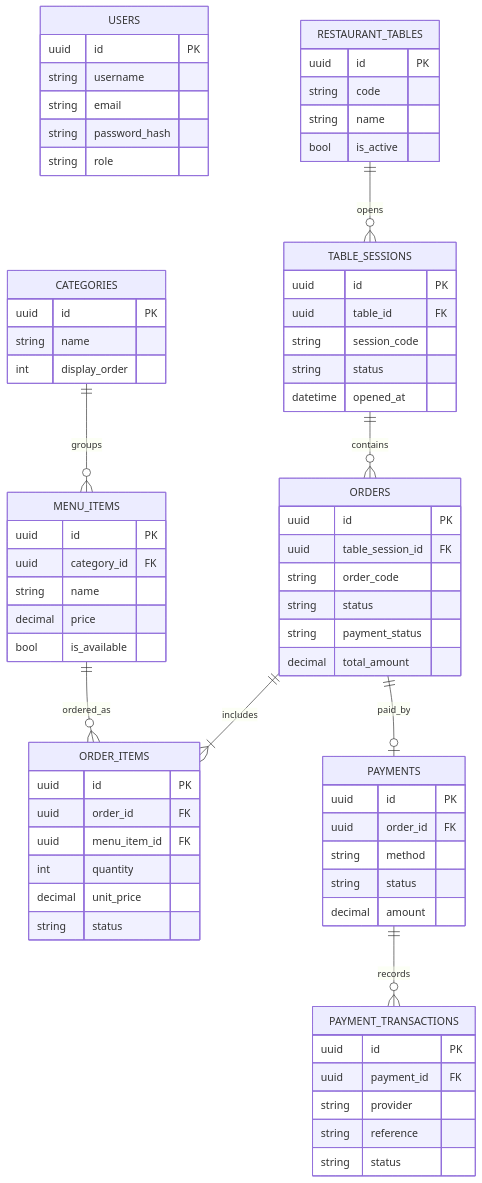
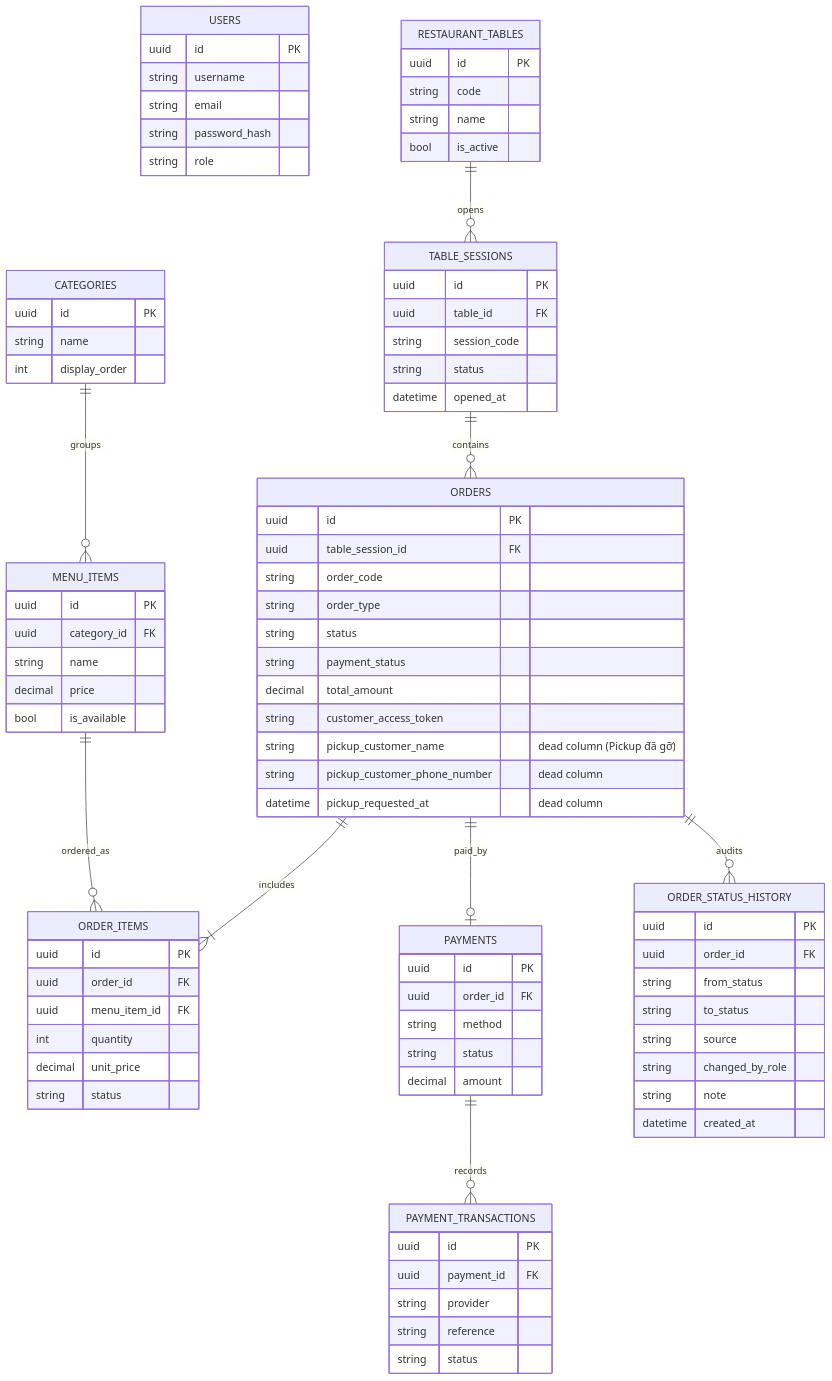
One commit to Anpham120/restaurant-qr-ai-ordering changed diagram 11 of 13 in docs/BA_SA_SYSTEM_DESIGN.md. Above: the diagram before and after it, drawn with Mermaid. The commit also changed other lines of this file and 200 other files, not shown here.

````diff
--- a/docs/BA_SA_SYSTEM_DESIGN.md
+++ b/docs/BA_SA_SYSTEM_DESIGN.md
@@ -371,9 +385,14 @@
       uuid id PK
       uuid table_session_id FK
       string order_code
+      string order_type
       string status
       string payment_status
       decimal total_amount
+      string customer_access_token
+      string pickup_customer_name "dead column (Pickup đã gỡ)"
+      string pickup_customer_phone_number "dead column"
+      datetime pickup_requested_at "dead column"
     }
     ORDER_ITEMS {
       uuid id PK
@@ -397,6 +416,16 @@
       string reference
       string status
     }
+    ORDER_STATUS_HISTORY {
+      uuid id PK
+      uuid order_id FK
+      string from_status
+      string to_status
+      string source
+      string changed_by_role
+      string note
+      datetime created_at
+    }
 
     RESTAURANT_TABLES ||--o{ TABLE_SESSIONS : opens
     TABLE_SESSIONS ||--o{ ORDERS : contains
@@ -405,4 +434,5 @@
     MENU_ITEMS ||--o{ ORDER_ITEMS : ordered_as
     ORDERS ||--o| PAYMENTS : paid_by
     PAYMENTS ||--o{ PAYMENT_TRANSACTIONS : records
+    ORDERS ||--o{ ORDER_STATUS_HISTORY : audits
 ```
````
